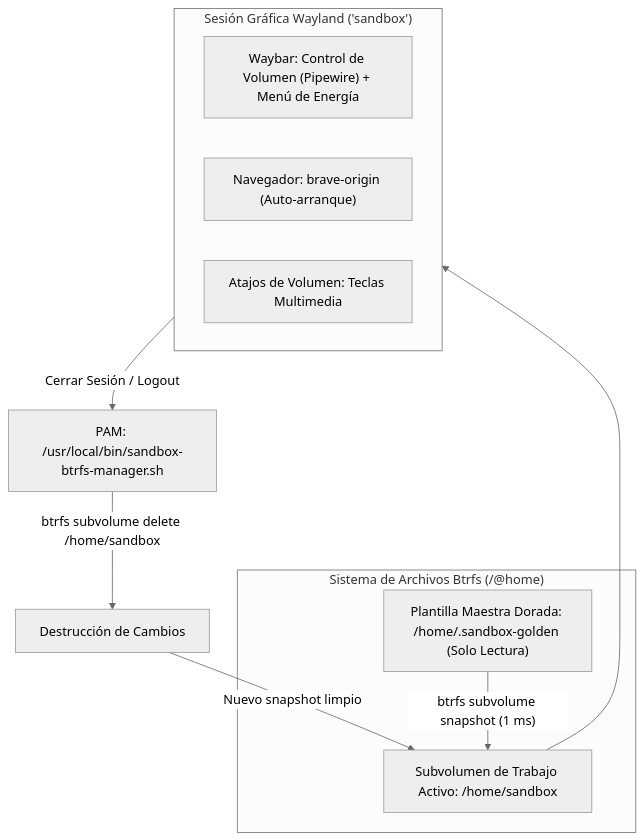
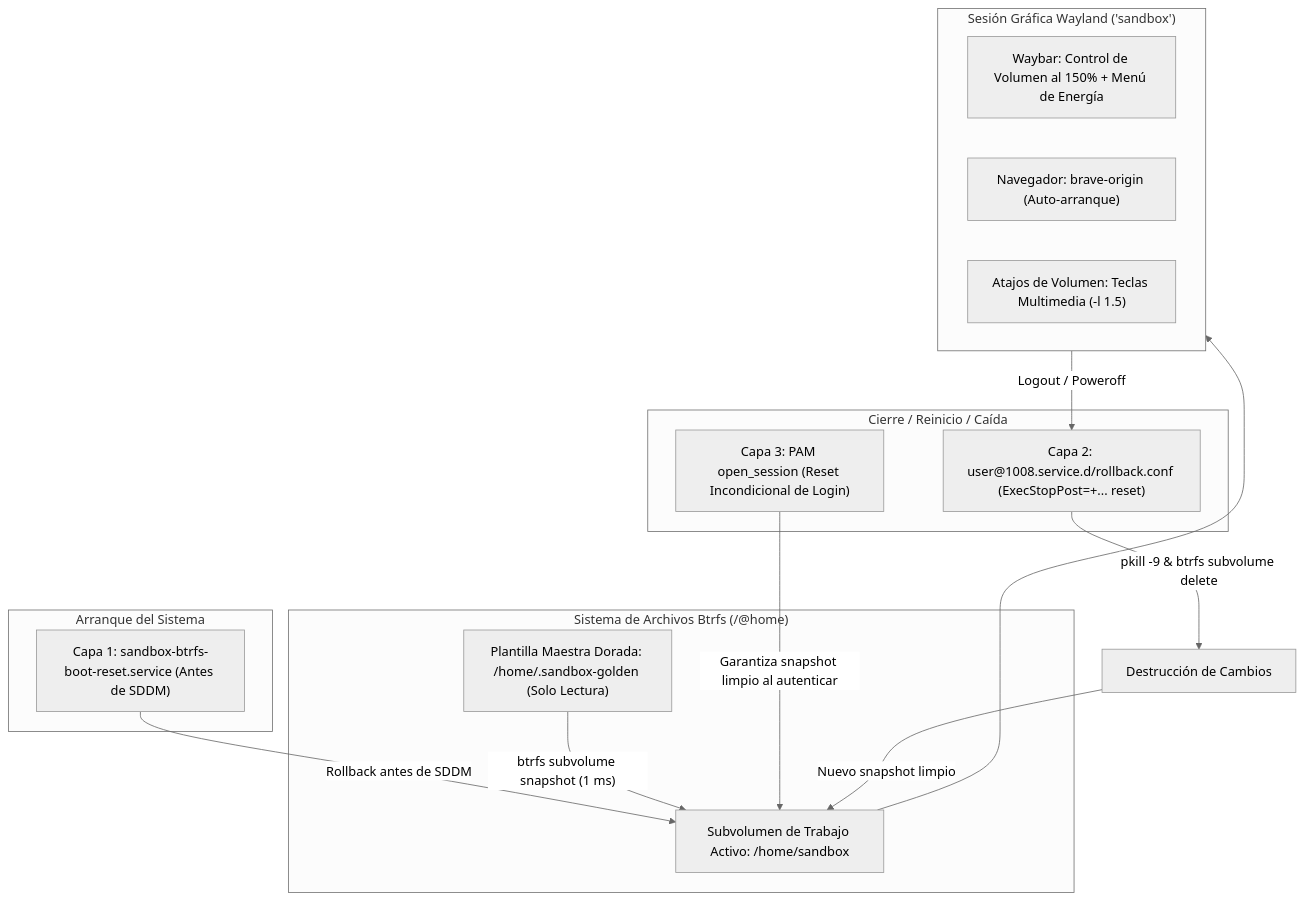
The diagram in 01 - Core del Sistema/01.8 - Usuario Sandbox Btrfs Desechable (sandbox).md (robert-flo/PJ-NIRI-rf-omarchy-workstation), drawn with Mermaid (neutral theme) before and after one commit. The commit also changed other lines of this file and 6 other files, not shown here.

Commit message:
fix(sandbox): implementar rollback de 3 capas al arranque, logout y login con Btrfs CoW

````diff
--- a/01 - Core del Sistema/01.8 - Usuario Sandbox Btrfs Desechable (sandbox).md
+++ b/01 - Core del Sistema/01.8 - Usuario Sandbox Btrfs Desechable (sandbox).md
@@ -44,20 +44,31 @@
 ```mermaid
 flowchart TD
+    subgraph Boot["Arranque del Sistema"]
+        BootService["Capa 1: sandbox-btrfs-boot-reset.service (Antes de SDDM)"]
+    end
+
     subgraph BtrfsFileSystem["Sistema de Archivos Btrfs (/@home)"]
         Golden["Plantilla Maestra Dorada: /home/.sandbox-golden (Solo Lectura)"]
         WorkingSubvol["Subvolumen de Trabajo Activo: /home/sandbox"]
     end
 
     subgraph UserSession["Sesión Gráfica Wayland ('sandbox')"]
-        Waybar["Waybar: Control de Volumen (Pipewire) + Menú de Energía"]
+        Waybar["Waybar: Control de Volumen al 150% + Menú de Energía"]
         Brave["Navegador: brave-origin (Auto-arranque)"]
-        AudioKeys["Atajos de Volumen: Teclas Multimedia"]
+        AudioKeys["Atajos de Volumen: Teclas Multimedia (-l 1.5)"]
     end
 
+    subgraph SessionTermination["Cierre / Reinicio / Caída"]
+        SystemdHook["Capa 2: user@1008.service.d/rollback.conf (ExecStopPost=+... reset)"]
+        PAMLogin["Capa 3: PAM open_session (Reset Incondicional de Login)"]
+    end
+
+    BootService -->|"Rollback antes de SDDM"| WorkingSubvol
     Golden -->|"btrfs subvolume snapshot (1 ms)"| WorkingSubvol
+    PAMLogin -->|"Garantiza snapshot limpio al autenticar"| WorkingSubvol
     WorkingSubvol --> UserSession
     
-    UserSession -->|"Cerrar Sesión / Logout"| PAM["PAM: /usr/local/bin/sandbox-btrfs-manager.sh"]
-    PAM -->|"btrfs subvolume delete /home/sandbox"| Clean["Destrucción de Cambios"]
+    UserSession -->|"Logout / Poweroff"| SystemdHook
+    SystemdHook -->|"pkill -9 & btrfs subvolume delete"| Clean["Destrucción de Cambios"]
     Clean -->|"Nuevo snapshot limpio"| WorkingSubvol
 ```
````
